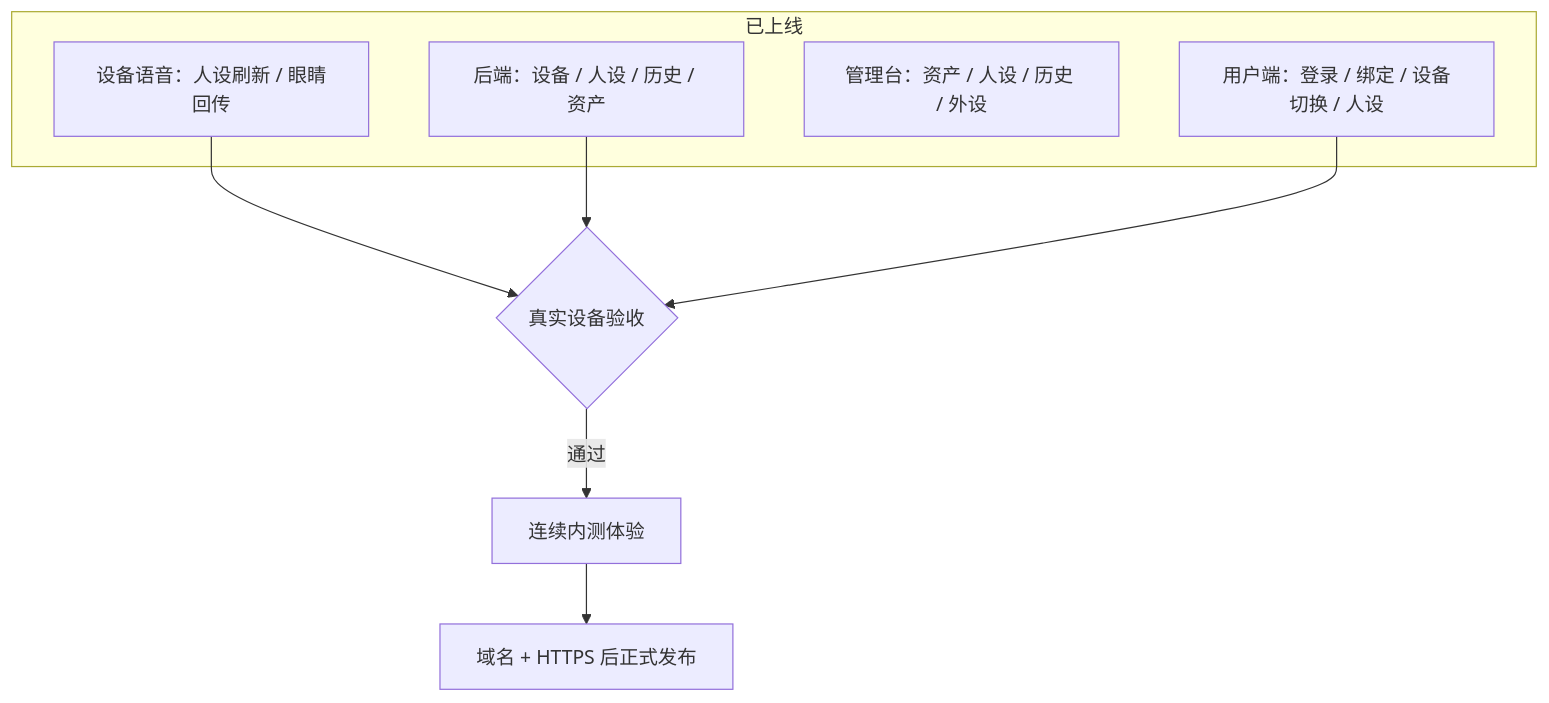
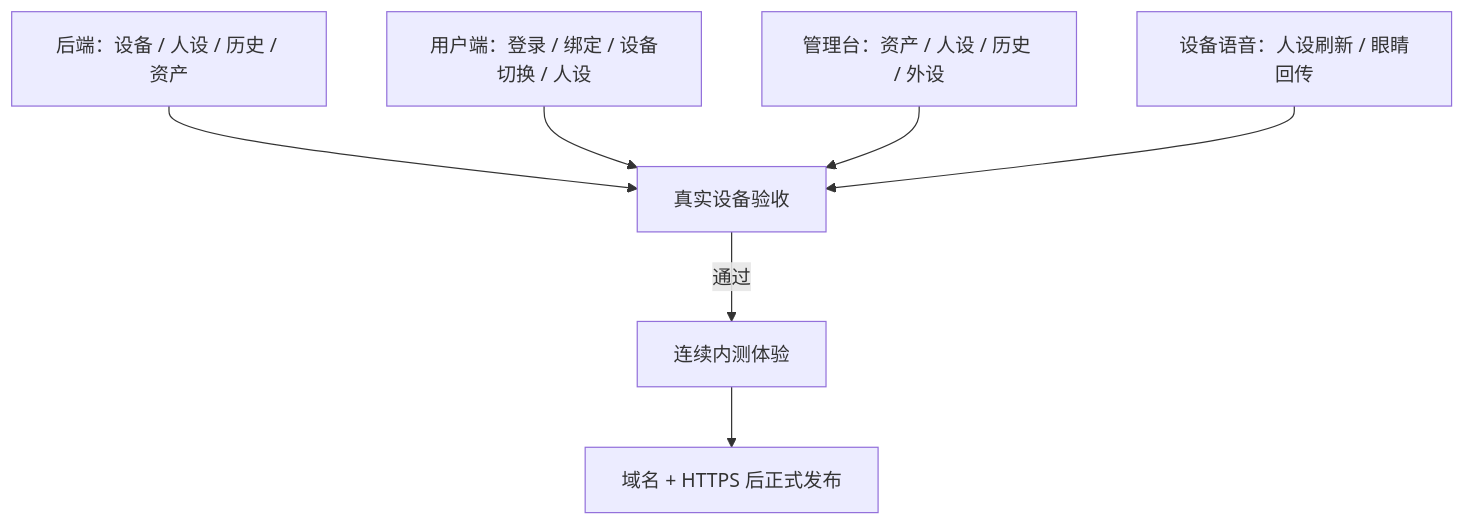
The second of 3 diagrams in AI-Pet项目全景与进度.md (ckmx-zkp/work_dashboard), drawn with Mermaid before and after one commit.

Commit message:
fix: 简化交付地图 Mermaid 语法

````diff
--- a/AI-Pet项目全景与进度.md
+++ b/AI-Pet项目全景与进度.md
@@ -39,14 +39,9 @@
 ```mermaid
 flowchart TB
-    subgraph delivered["已上线"]
-        BE["后端：设备 / 人设 / 历史 / 资产"]
-        APP["用户端：登录 / 绑定 / 设备切换 / 人设"]
-        ADMIN["管理台：资产 / 人设 / 历史 / 外设"]
-        VOICE["设备语音：人设刷新 / 眼睛回传"]
-    end
-    VOICE --> CHECK{"真实设备验收"}
-    BE --> CHECK
-    APP --> CHECK
+    BE["后端：设备 / 人设 / 历史 / 资产"] --> CHECK["真实设备验收"]
+    APP["用户端：登录 / 绑定 / 设备切换 / 人设"] --> CHECK
+    ADMIN["管理台：资产 / 人设 / 历史 / 外设"] --> CHECK
+    VOICE["设备语音：人设刷新 / 眼睛回传"] --> CHECK
     CHECK -->|"通过"| PILOT["连续内测体验"]
     PILOT --> RELEASE["域名 + HTTPS 后正式发布"]
 ```
````
